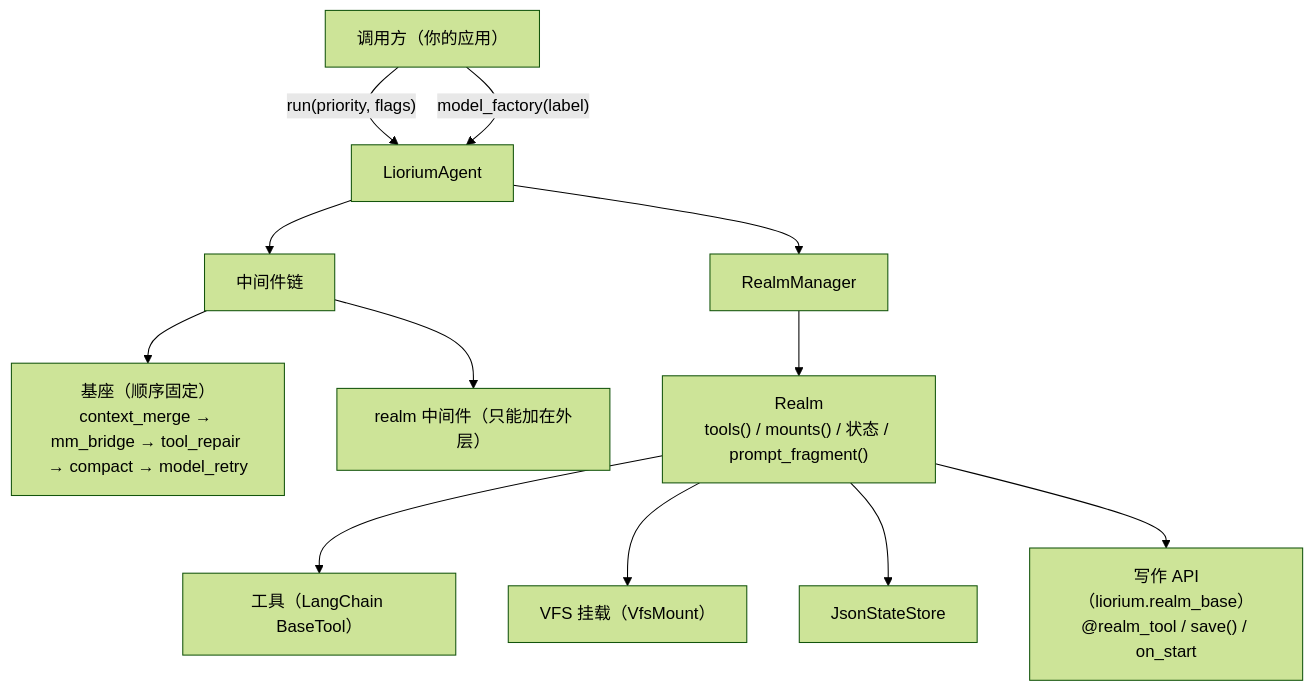
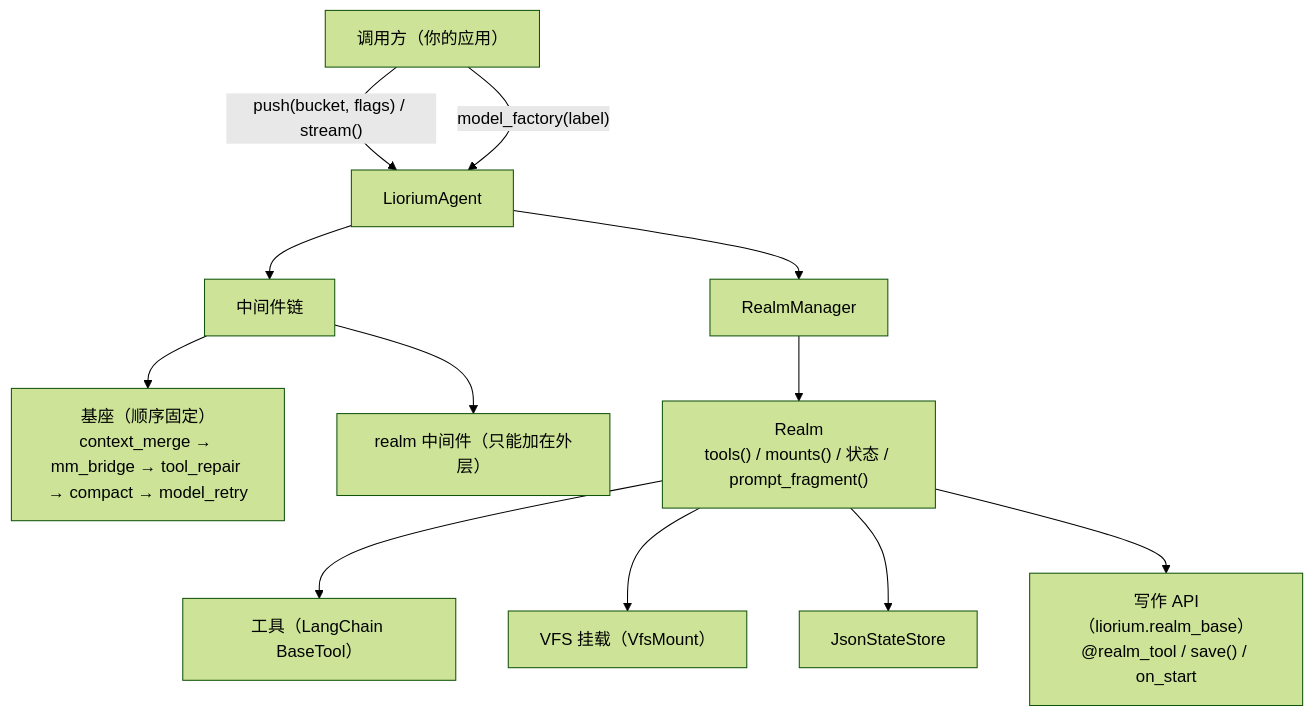
Before and after one commit to liwusen/liorium-framework: the first of 2 diagrams in docs/EXTENDING.md, drawn with Mermaid (forest theme). The commit also changed other lines of this file and 126 other files, not shown here.

````diff
--- a/docs/EXTENDING.md
+++ b/docs/EXTENDING.md
@@ -6,16 +6,16 @@
 ```mermaid
 graph TD
     host["调用方（你的应用）"]
     agent["LioriumAgent"]
-    host -->|"run(priority, flags)"| agent
+    host -->|"push(bucket, flags) / stream()"| agent
     host -->|"model_factory(label)"| agent
     agent --> chain["中间件链"]
     chain --> base["基座（顺序固定）<br/>context_merge → mm_bridge → tool_repair → compact → model_retry"]
     chain --> rmw["realm 中间件（只能加在外层）"]
     agent --> realms["RealmManager"]
     realms --> realm["Realm<br/>tools() / mounts() / 状态 / prompt_fragment()"]
     realm --> tools["工具（LangChain BaseTool）"]
     realm --> vfs["VFS 挂载（VfsMount）"]
     realm --> state["JsonStateStore"]
     realm --> kit["写作 API（liorium.realm_base）<br/>@realm_tool / save() / on_start"]
 ```
````
